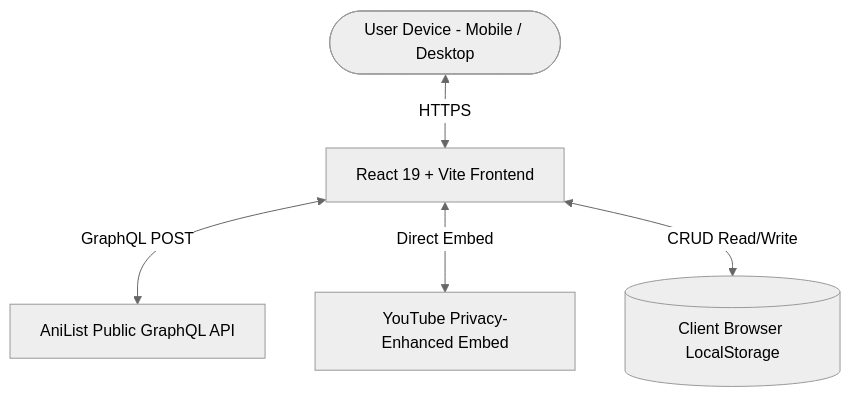
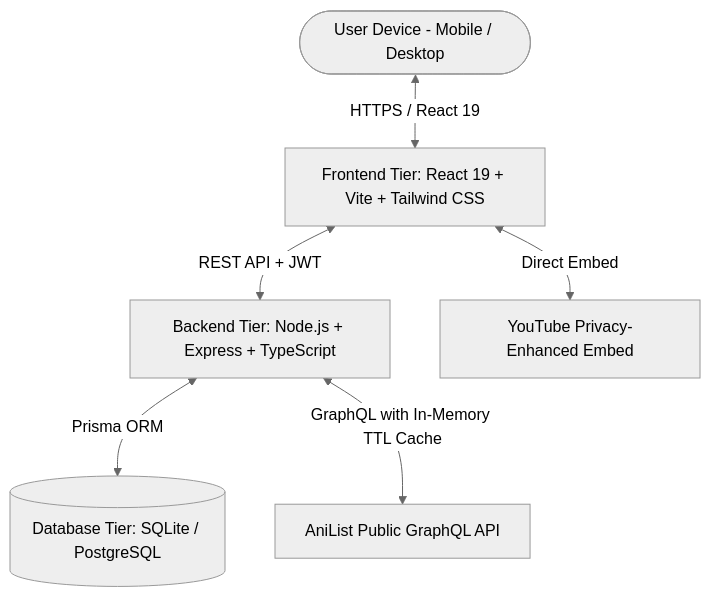
One commit to PurohitBhagyesh/anime-watch-recommendation changed the diagram in PRD.md. Above: the diagram before and after it, drawn with Mermaid (neutral theme). The commit also changed other lines of this file and 94 other files, not shown here.

Commit message:
feat: restructure into 3-tier architecture (frontend, backend, database) and update documentation

````diff
--- a/PRD.md
+++ b/PRD.md
@@ -34,7 +27,8 @@
 ```mermaid
 graph TD
-    User([User Device - Mobile / Desktop]) <-->|HTTPS| WebApp[React 19 + Vite Frontend]
-    WebApp <-->|GraphQL POST| AniList[AniList Public GraphQL API]
-    WebApp <-->|Direct Embed| YouTube[YouTube Privacy-Enhanced Embed]
-    WebApp <-->|CRUD Read/Write| LocalStorage[(Client Browser LocalStorage)]
+    User([User Device - Mobile / Desktop]) <-->|HTTPS / React 19| Frontend[Frontend Tier: React 19 + Vite + Tailwind CSS]
+    Frontend <-->|REST API + JWT| Backend[Backend Tier: Node.js + Express + TypeScript]
+    Backend <-->|Prisma ORM| Database[(Database Tier: SQLite / PostgreSQL)]
+    Backend <-->|GraphQL with In-Memory TTL Cache| AniList[AniList Public GraphQL API]
+    Frontend <-->|Direct Embed| YouTube[YouTube Privacy-Enhanced Embed]
 ```
````
